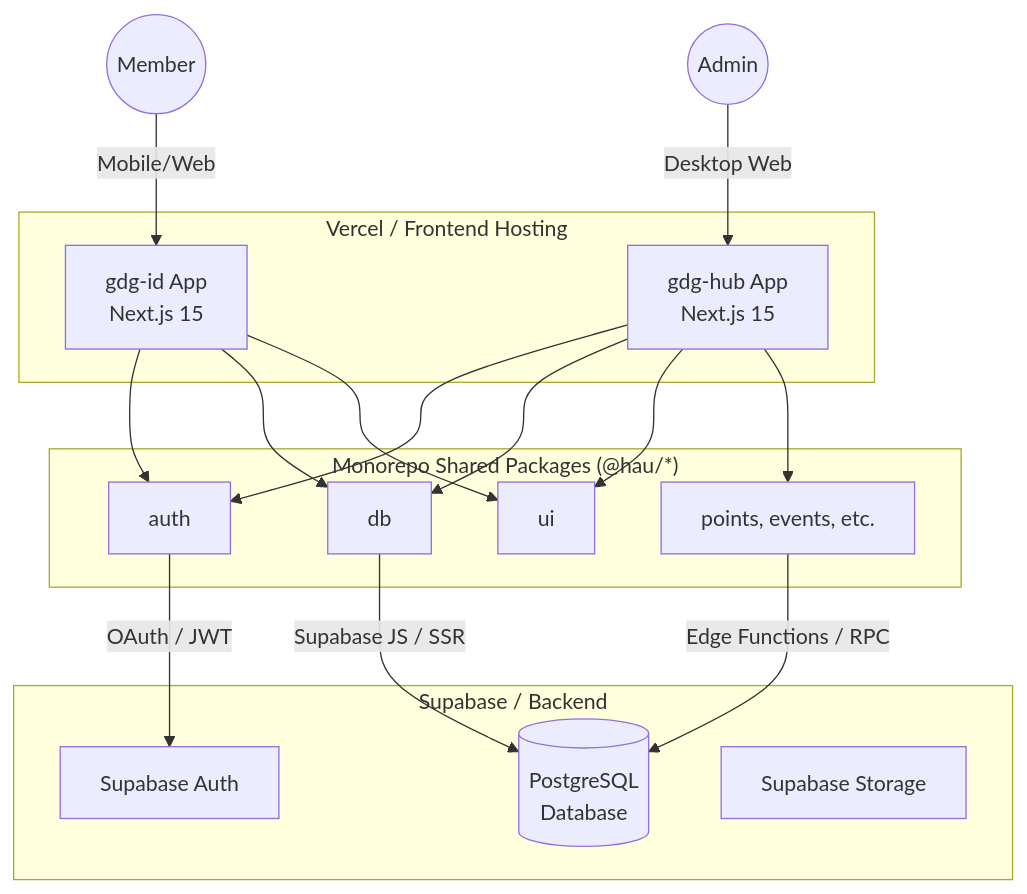
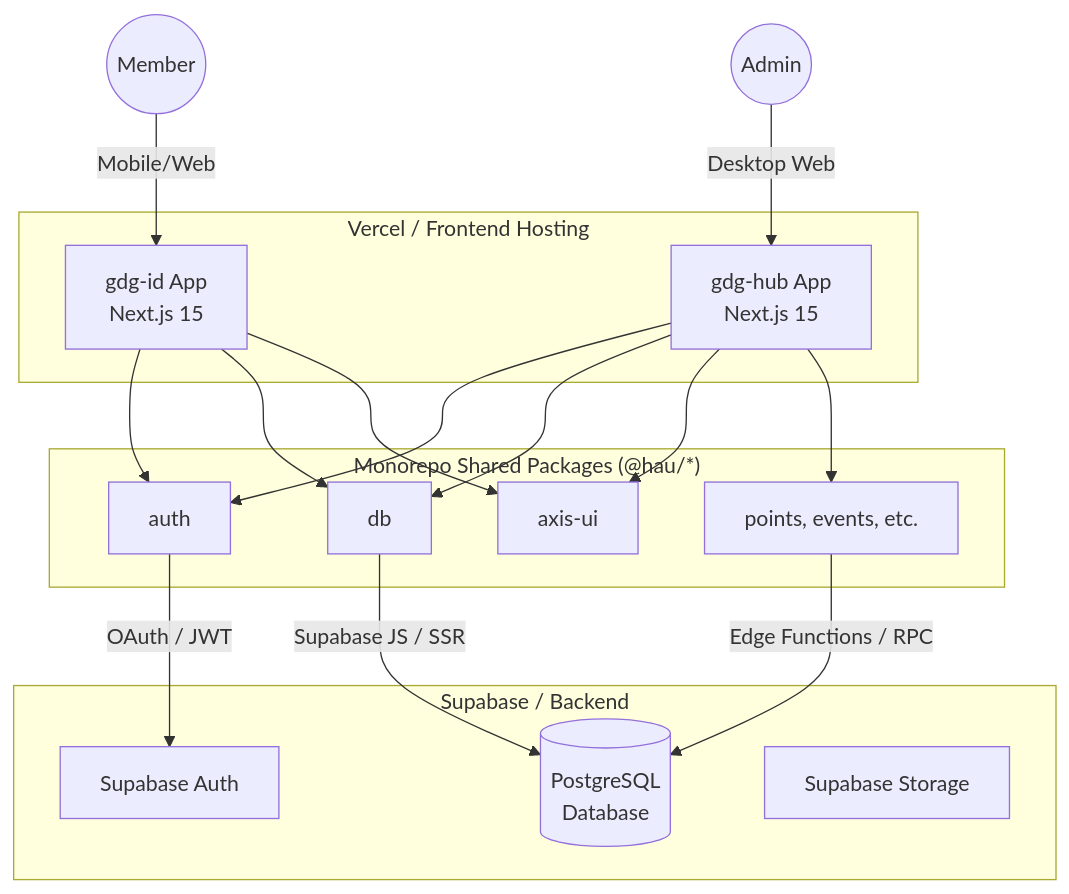
One commit to gdsc-hau/Axis changed the diagram in docs/architecture/overview.md. Above: the diagram before and after it, drawn with Mermaid. The commit also changed other lines of this file and 45 other files, not shown here.

````diff
--- a/docs/architecture/overview.md
+++ b/docs/architecture/overview.md
@@ -7,42 +7,42 @@
 ```mermaid
 graph TD
     %% Clients
     U1((Member)) -->|Mobile/Web| GID[gdg-id App<br/>Next.js 15]
     U2((Admin)) -->|Desktop Web| GHUB[gdg-hub App<br/>Next.js 15]
 
     %% Vercel / Apps layer
     subgraph "Vercel / Frontend Hosting"
         GID
         GHUB
     end
 
     %% Internal Packages
     subgraph "Monorepo Shared Packages (@hau/*)"
         AUTH[auth]
         DB_PKG[db]
-        UI[ui]
+        UI[axis-ui]
         LOGIC[points, events, etc.]
     end
 
     %% Wiring packages to apps
     GID --> AUTH
     GID --> DB_PKG
     GID --> UI
 
     GHUB --> AUTH
     GHUB --> DB_PKG
     GHUB --> UI
     GHUB --> LOGIC
 
     %% Backend Service
     subgraph "Supabase / Backend"
         PG[(PostgreSQL<br/>Database)]
         SA[Supabase Auth]
         SS[Supabase Storage]
     end
 
     %% Wiring packages to backend
     DB_PKG -->|Supabase JS / SSR| PG
     AUTH -->|OAuth / JWT| SA
     LOGIC -->|Edge Functions / RPC| PG
 ```
````
